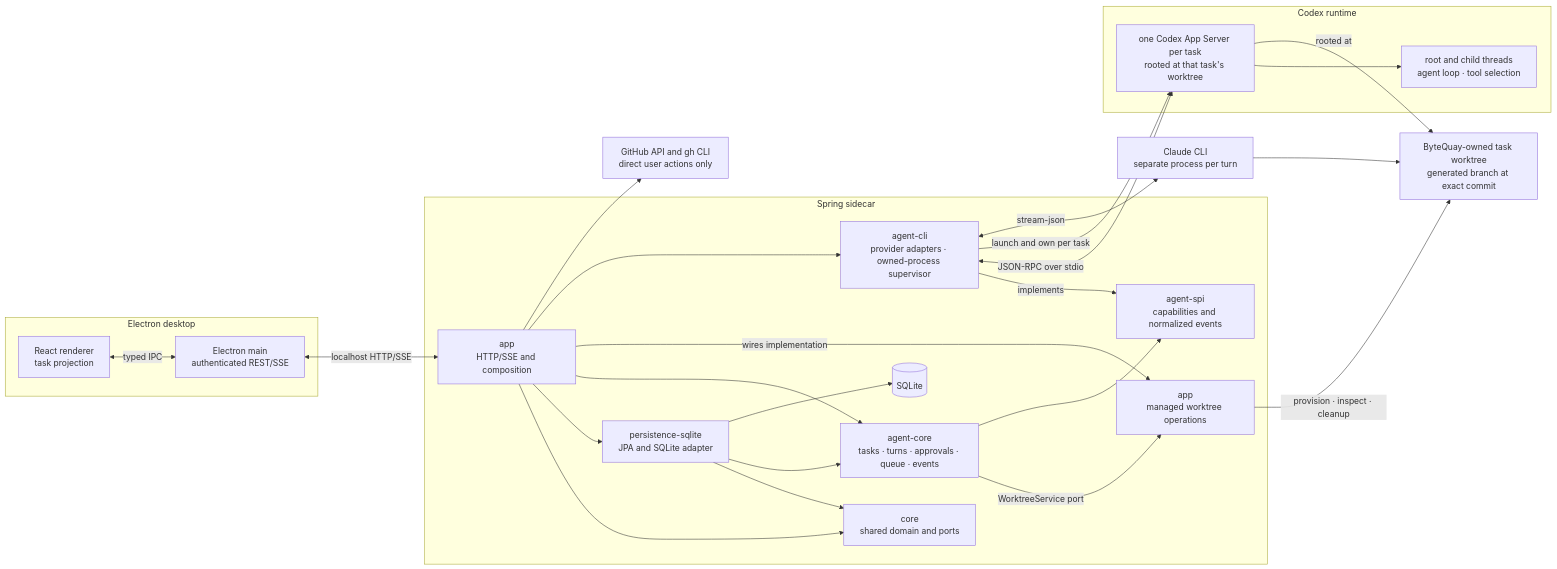
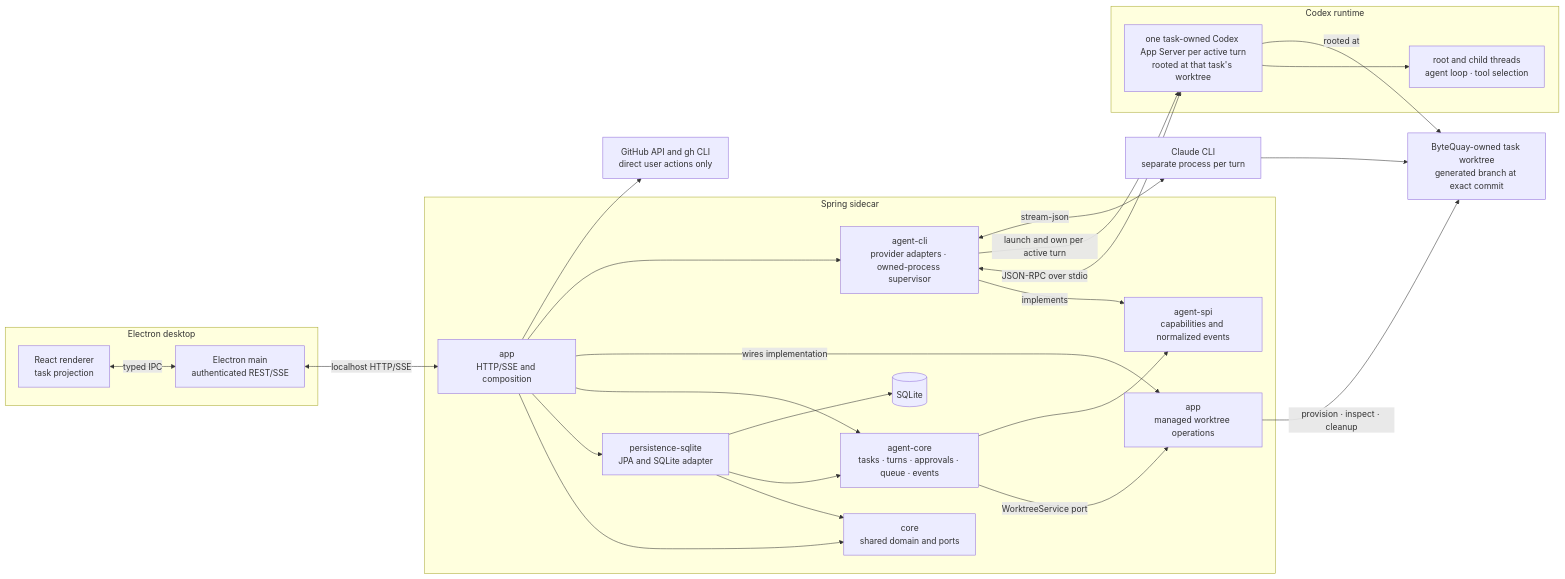
The diagram in docs/design/architecture.md (bytequay/bytequay), drawn with Mermaid before and after one commit. The commit also changed other lines of this file and 22 other files, not shown here.

````diff
--- a/docs/design/architecture.md
+++ b/docs/design/architecture.md
@@ -47,50 +47,50 @@
 ```mermaid
 flowchart LR
     subgraph DESKTOP["Electron desktop"]
         RENDERER["React renderer<br/>task projection"]
         MAIN["Electron main<br/>authenticated REST/SSE"]
         RENDERER <-->|"typed IPC"| MAIN
     end
 
     subgraph BACKEND["Spring sidecar"]
         APP["app<br/>HTTP/SSE and composition"]
         CORE["core<br/>shared domain and ports"]
         DB["persistence-sqlite<br/>JPA and SQLite adapter"]
         AGENT_CORE["agent-core<br/>tasks · turns · approvals · queue · events"]
         WORKTREES["app<br/>managed worktree operations"]
         AGENT_CLI["agent-cli<br/>provider adapters · owned-process supervisor"]
         AGENT_SPI["agent-spi<br/>capabilities and normalized events"]
         SQLITE[("SQLite")]
 
         APP --> CORE
         APP --> DB
         APP --> AGENT_CORE
         APP -->|"wires implementation"| WORKTREES
         APP --> AGENT_CLI
         AGENT_CORE -->|"WorktreeService port"| WORKTREES
         DB --> CORE
         DB --> AGENT_CORE
         DB --> SQLITE
         AGENT_CORE --> AGENT_SPI
         AGENT_CLI -->|"implements"| AGENT_SPI
     end
 
     subgraph CODEX["Codex runtime"]
-        APP_SERVER["one Codex App Server per task<br/>rooted at that task's worktree"]
+        APP_SERVER["one task-owned Codex App Server per active turn<br/>rooted at that task's worktree"]
         THREADS["root and child threads<br/>agent loop · tool selection"]
         APP_SERVER --> THREADS
     end
 
     CLAUDE["Claude CLI<br/>separate process per turn"]
     WORKTREE["ByteQuay-owned task worktree<br/>generated branch at exact commit"]
     GITHUB["GitHub API and gh CLI<br/>direct user actions only"]
 
     MAIN <-->|"localhost HTTP/SSE"| APP
     APP --> GITHUB
     AGENT_CLI <-->|"JSON-RPC over stdio"| APP_SERVER
-    AGENT_CLI -->|"launch and own per task"| APP_SERVER
+    AGENT_CLI -->|"launch and own per active turn"| APP_SERVER
     AGENT_CLI <-->|"stream-json"| CLAUDE
     WORKTREES -->|"provision · inspect · cleanup"| WORKTREE
     APP_SERVER -->|"rooted at"| WORKTREE
     CLAUDE --> WORKTREE
 ```
````
